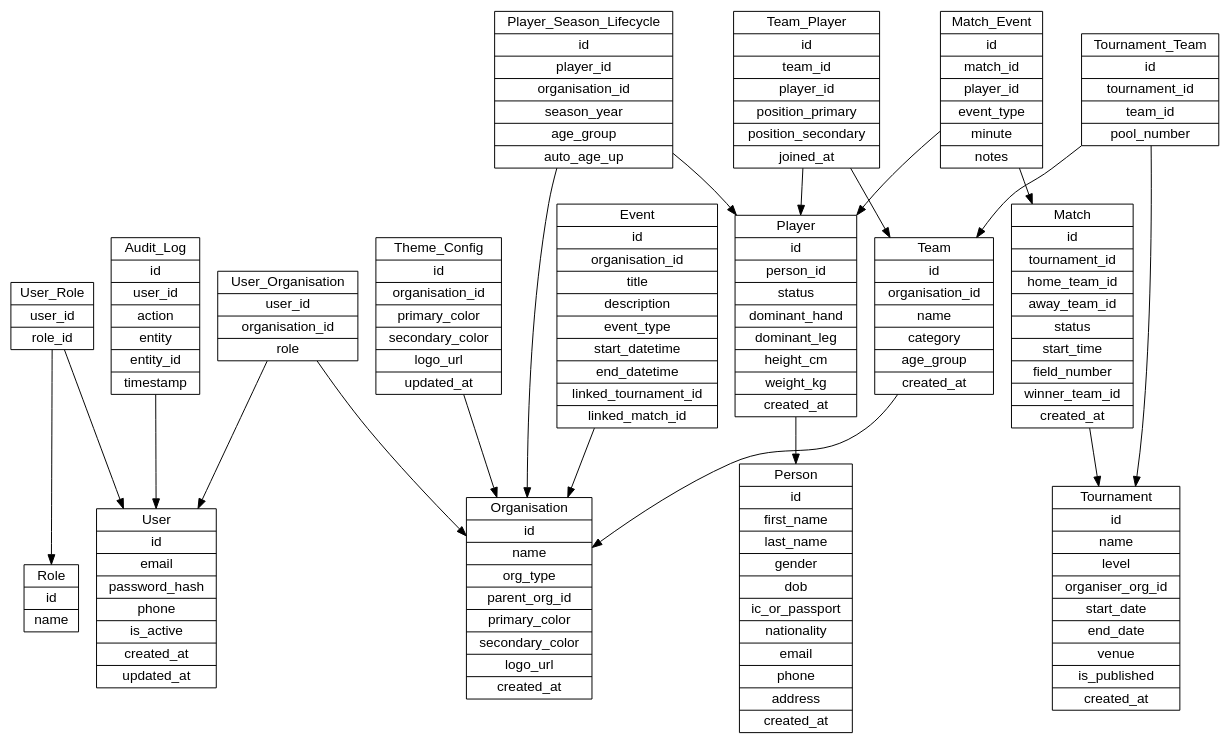
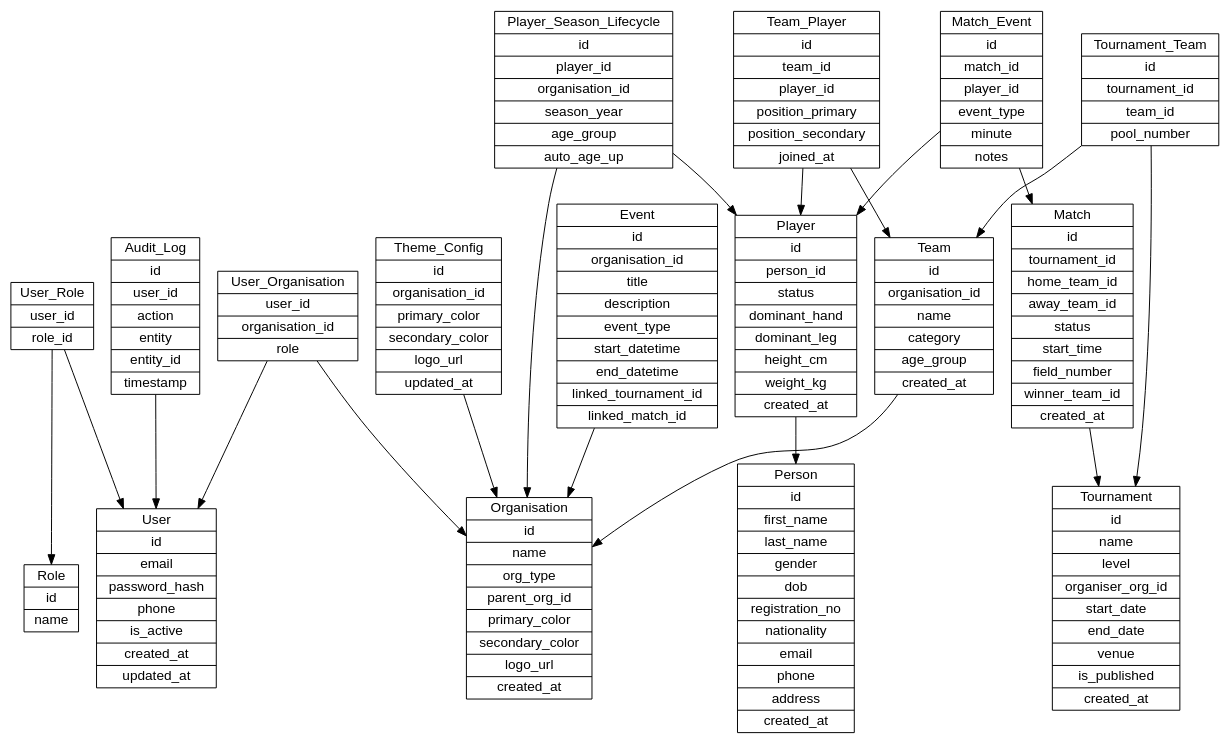
Before and after one commit to m-ikmal-hisham/athleticaos: the diagram in docs/erd/athleticaos_rugby_erd.md, drawn with Graphviz. The commit also changed 22 other files, not shown here.

````diff
--- a/docs/erd/athleticaos_rugby_erd.md
+++ b/docs/erd/athleticaos_rugby_erd.md
@@ -30,41 +30,41 @@
 ```dot
 digraph ERD {
   node [shape=record, fontname=Helvetica];
   User [label="{User|id|email|password_hash|phone|is_active|created_at|updated_at}"];
   Role [label="{Role|id|name}"];
   User_Role [label="{User_Role|user_id|role_id}"];
   Organisation [label="{Organisation|id|name|org_type|parent_org_id|primary_color|secondary_color|logo_url|created_at}"];
   User_Organisation [label="{User_Organisation|user_id|organisation_id|role}"];
-  Person [label="{Person|id|first_name|last_name|gender|dob|ic_or_passport|nationality|email|phone|address|created_at}"];
+  Person [label="{Person|id|first_name|last_name|gender|dob|registration_no|nationality|email|phone|address|created_at}"];
   Player [label="{Player|id|person_id|status|dominant_hand|dominant_leg|height_cm|weight_kg|created_at}"];
   Player_Season_Lifecycle [label="{Player_Season_Lifecycle|id|player_id|organisation_id|season_year|age_group|auto_age_up}"];
   Team [label="{Team|id|organisation_id|name|category|age_group|created_at}"];
   Team_Player [label="{Team_Player|id|team_id|player_id|position_primary|position_secondary|joined_at}"];
   Tournament [label="{Tournament|id|name|level|organiser_org_id|start_date|end_date|venue|is_published|created_at}"];
   Tournament_Team [label="{Tournament_Team|id|tournament_id|team_id|pool_number}"];
   Match [label="{Match|id|tournament_id|home_team_id|away_team_id|status|start_time|field_number|winner_team_id|created_at}"];
   Match_Event [label="{Match_Event|id|match_id|player_id|event_type|minute|notes}"];
   Event [label="{Event|id|organisation_id|title|description|event_type|start_datetime|end_datetime|linked_tournament_id|linked_match_id}"];
   Theme_Config [label="{Theme_Config|id|organisation_id|primary_color|secondary_color|logo_url|updated_at}"];
   Audit_Log [label="{Audit_Log|id|user_id|action|entity|entity_id|timestamp}"];
 
   User_Role -> User;
   User_Role -> Role;
   User_Organisation -> User;
   User_Organisation -> Organisation;
   Player -> Person;
   Player_Season_Lifecycle -> Player;
   Player_Season_Lifecycle -> Organisation;
   Team -> Organisation;
   Team_Player -> Team;
   Team_Player -> Player;
   Tournament_Team -> Tournament;
   Tournament_Team -> Team;
   Match -> Tournament;
   Match_Event -> Match;
   Match_Event -> Player;
   Event -> Organisation;
   Theme_Config -> Organisation;
   Audit_Log -> User;
 }
 ```
````
